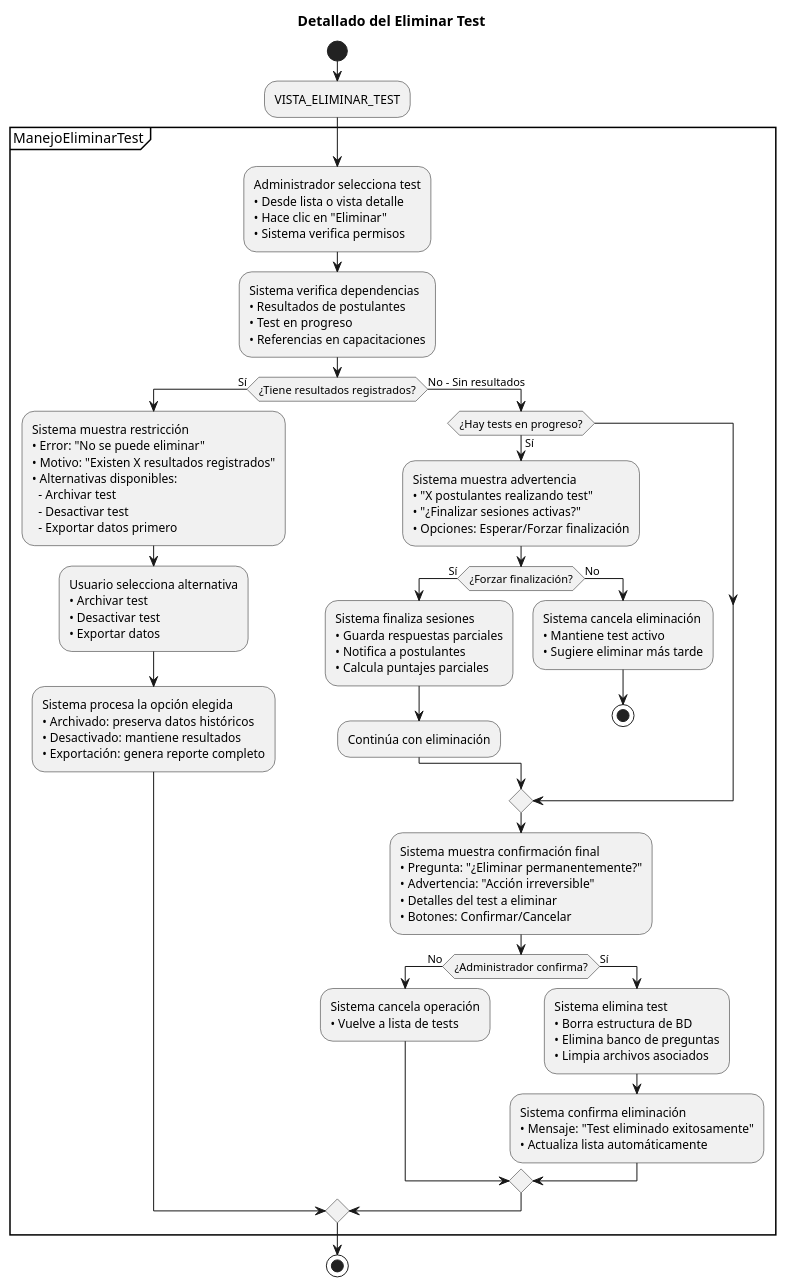
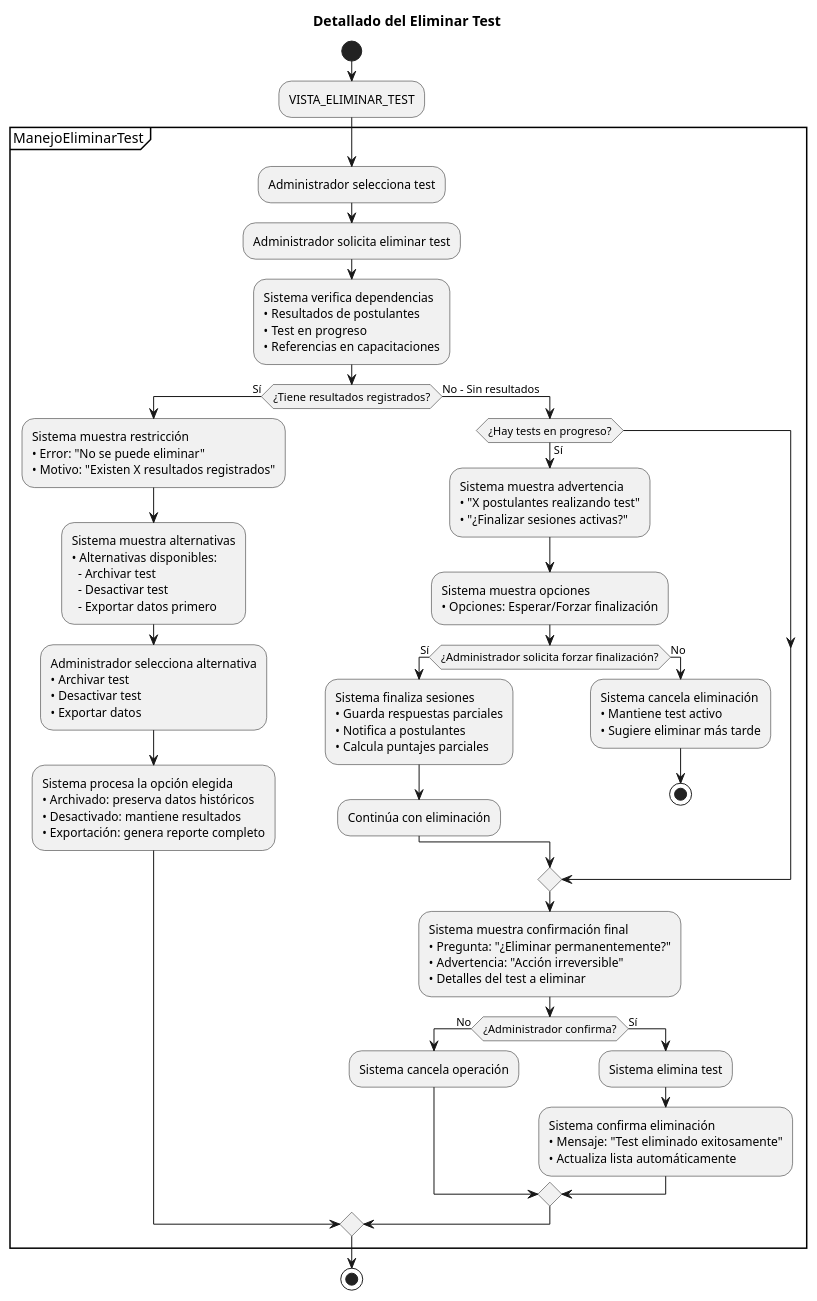
One commit to Dievex/24-25-IdSw1-SDR changed the diagram in casos_de_uso/diagramas_casos_de_uso_detallados/eliminar_test.puml. Above: the diagram before and after it, drawn with PlantUML. The commit also changed 1 other file, not shown here.

Commit message:
docs(use-case-diagrams): update detailed diagrams for candidate and test deletion

```diff
--- a/casos_de_uso/diagramas_casos_de_uso_detallados/eliminar_test.puml
+++ b/casos_de_uso/diagramas_casos_de_uso_detallados/eliminar_test.puml
@@ -1,93 +1,89 @@
 @startuml
 title Detallado del Eliminar Test
 
 start
 
 :VISTA_ELIMINAR_TEST;
 
 partition ManejoEliminarTest {
   
-  :Administrador selecciona test
-  • Desde lista o vista detalle
-  • Hace clic en "Eliminar"
-  • Sistema verifica permisos;
+  :Administrador selecciona test;
+  :Administrador solicita eliminar test;
   
   :Sistema verifica dependencias
   • Resultados de postulantes
   • Test en progreso
   • Referencias en capacitaciones;
   
   if (¿Tiene resultados registrados?) then (Sí)
     :Sistema muestra restricción
     • Error: "No se puede eliminar"
-    • Motivo: "Existen X resultados registrados"
+    • Motivo: "Existen X resultados registrados";
+
+    :Sistema muestra alternativas
     • Alternativas disponibles:
       - Archivar test
       - Desactivar test
       - Exportar datos primero;
     
-    :Usuario selecciona alternativa
+    :Administrador selecciona alternativa
     • Archivar test
     • Desactivar test  
     • Exportar datos;
     
     :Sistema procesa la opción elegida
     • Archivado: preserva datos históricos
     • Desactivado: mantiene resultados
     • Exportación: genera reporte completo;
     
   else (No - Sin resultados)
     if (¿Hay tests en progreso?) then (Sí)
       :Sistema muestra advertencia
       • "X postulantes realizando test"
-      • "¿Finalizar sesiones activas?"
+      • "¿Finalizar sesiones activas?";
+
+      :Sistema muestra opciones
       • Opciones: Esperar/Forzar finalización;
       
-      if (¿Forzar finalización?) then (Sí)
+      if (¿Administrador solicita forzar finalización?) then (Sí)
         :Sistema finaliza sesiones
         • Guarda respuestas parciales
         • Notifica a postulantes
         • Calcula puntajes parciales;
         
         :Continúa con eliminación;
         
       else (No)
         :Sistema cancela eliminación
         • Mantiene test activo
         • Sugiere eliminar más tarde;
         
         stop
         
       endif
       
     endif
     
     :Sistema muestra confirmación final
     • Pregunta: "¿Eliminar permanentemente?"
     • Advertencia: "Acción irreversible"
-    • Detalles del test a eliminar
-    • Botones: Confirmar/Cancelar;
+    • Detalles del test a eliminar;
     
     if (¿Administrador confirma?) then (No)
-      :Sistema cancela operación
-      • Vuelve a lista de tests;
+      :Sistema cancela operación;
       
     else (Sí)
-      :Sistema elimina test
-      • Borra estructura de BD
-      • Elimina banco de preguntas
-      • Limpia archivos asociados;
+      :Sistema elimina test;
      
-      
       :Sistema confirma eliminación
       • Mensaje: "Test eliminado exitosamente"
       • Actualiza lista automáticamente;
       
     endif
     
   endif
   
 }
 
 stop
 @enduml
```
